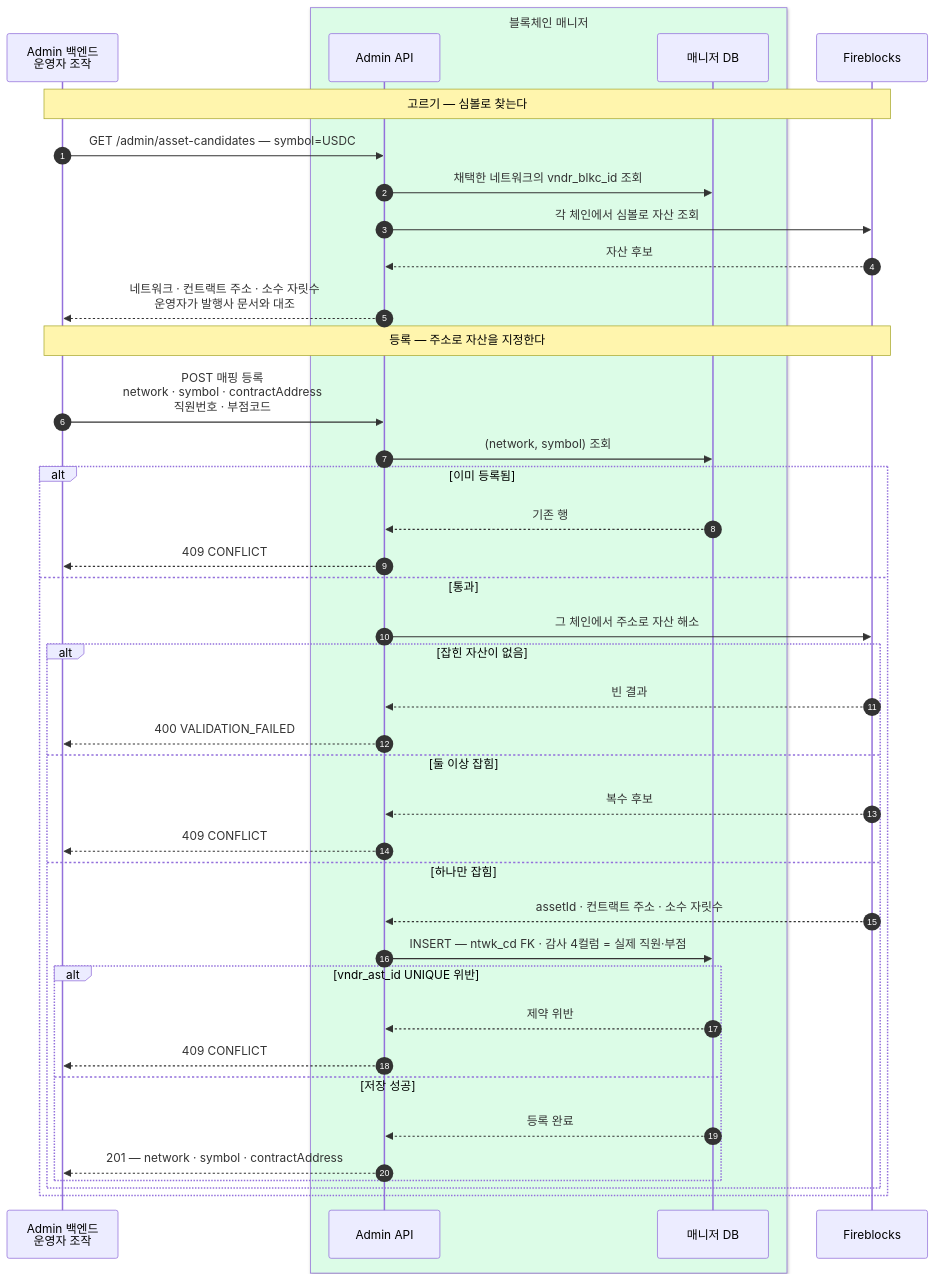
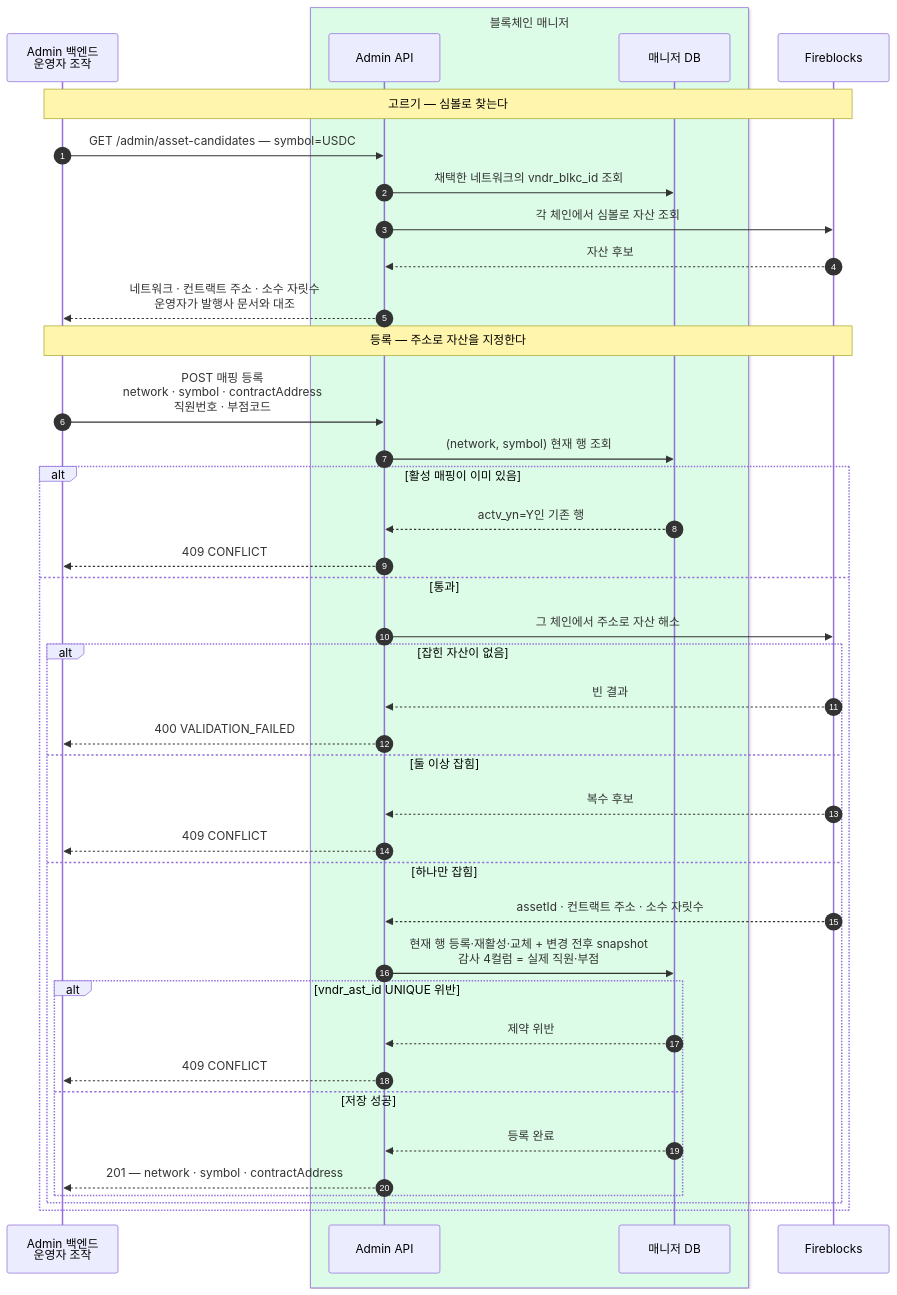
Before and after one commit to eunsujeo/eunpus: the diagram in blockchain-manager/docs/BC/설계/07-asset-master.md, drawn with Mermaid. The commit also changed other lines of this file and 3 other files, not shown here.

````diff
--- a/blockchain-manager/docs/BC/설계/07-asset-master.md
+++ b/blockchain-manager/docs/BC/설계/07-asset-master.md
@@ -113,44 +131,44 @@
 ```mermaid
 sequenceDiagram
     autonumber
     participant ADM as Admin 백엔드<br/>운영자 조작
     box rgb(220,252,231) 블록체인 매니저
     participant API as Admin API
     participant MDB as 매니저 DB
     end
     participant FB as Fireblocks
 
     Note over ADM,FB: 고르기 — 심볼로 찾는다
     ADM->>API: GET /admin/asset-candidates — symbol=USDC
     API->>MDB: 채택한 네트워크의 vndr_blkc_id 조회
     API->>FB: 각 체인에서 심볼로 자산 조회
     FB-->>API: 자산 후보
     API-->>ADM: 네트워크 · 컨트랙트 주소 · 소수 자릿수<br/>운영자가 발행사 문서와 대조
 
     Note over ADM,FB: 등록 — 주소로 자산을 지정한다
     ADM->>API: POST 매핑 등록<br/>network · symbol · contractAddress<br/>직원번호 · 부점코드
-    API->>MDB: (network, symbol) 조회
-    alt 이미 등록됨
-        MDB-->>API: 기존 행
+    API->>MDB: (network, symbol) 현재 행 조회
+    alt 활성 매핑이 이미 있음
+        MDB-->>API: actv_yn=Y인 기존 행
         API-->>ADM: 409 CONFLICT
     else 통과
         API->>FB: 그 체인에서 주소로 자산 해소
         alt 잡힌 자산이 없음
             FB-->>API: 빈 결과
             API-->>ADM: 400 VALIDATION_FAILED
         else 둘 이상 잡힘
             FB-->>API: 복수 후보
             API-->>ADM: 409 CONFLICT
         else 하나만 잡힘
             FB-->>API: assetId · 컨트랙트 주소 · 소수 자릿수
-            API->>MDB: INSERT — ntwk_cd FK · 감사 4컬럼 = 실제 직원·부점
+            API->>MDB: 현재 행 등록·재활성·교체 + 변경 전후 snapshot<br/>감사 4컬럼 = 실제 직원·부점
             alt vndr_ast_id UNIQUE 위반
                 MDB-->>API: 제약 위반
                 API-->>ADM: 409 CONFLICT
             else 저장 성공
                 MDB-->>API: 등록 완료
                 API-->>ADM: 201 — network · symbol · contractAddress
             end
         end
     end
 ```
````
